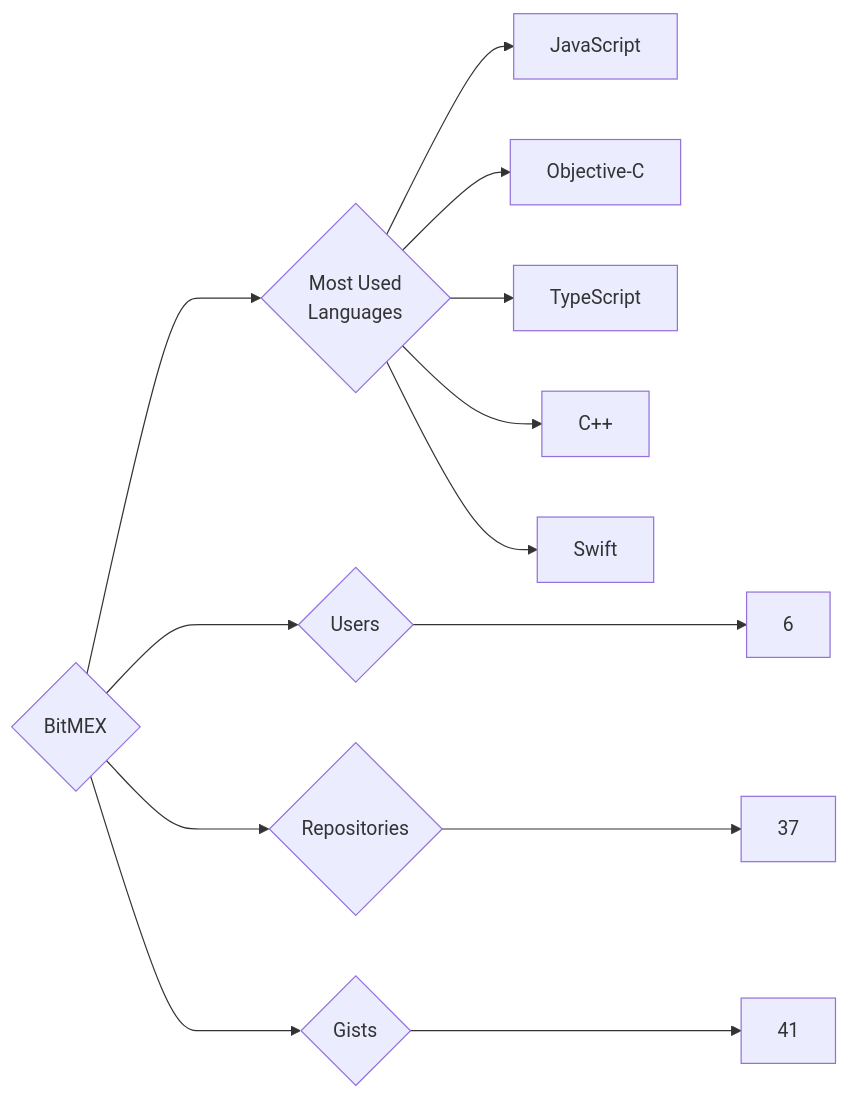
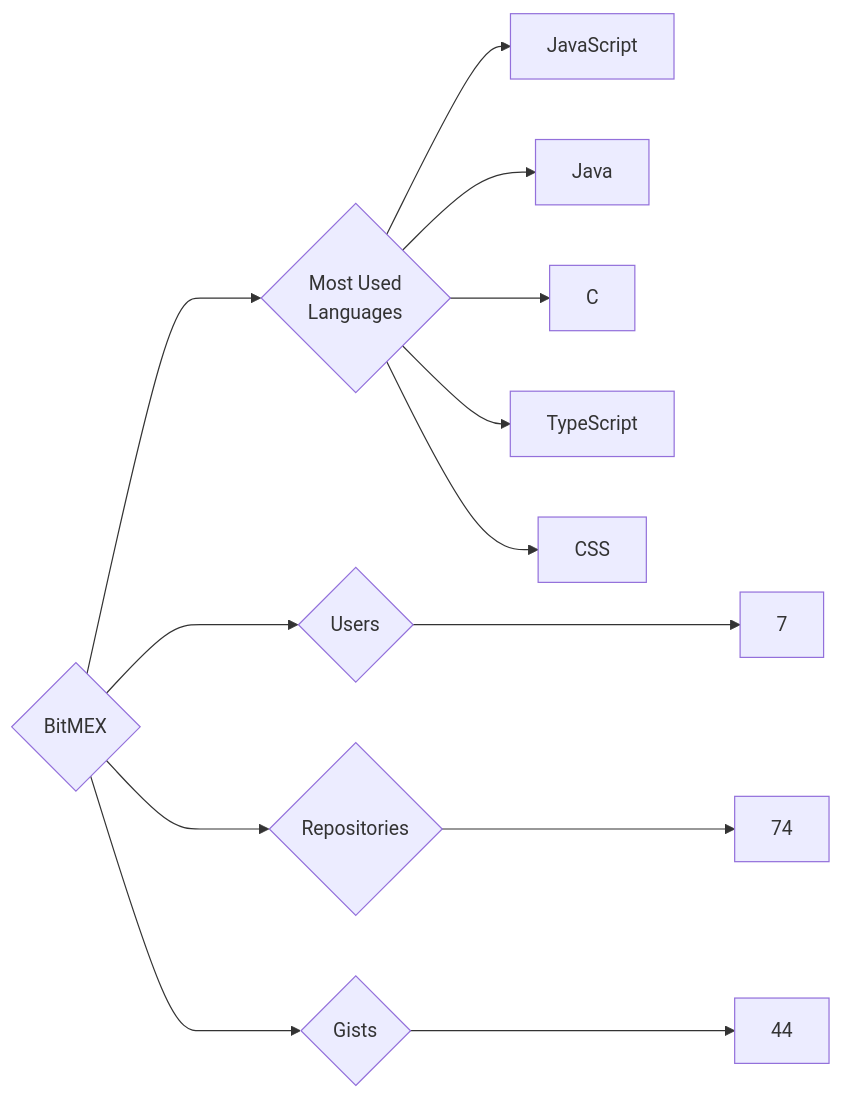
One commit to trickest/insiders changed the diagram in targets/BitMEX/README.md. Above: the diagram before and after it, drawn with Mermaid. The commit also changed 935 other files, not shown here.

````diff
--- a/targets/BitMEX/README.md
+++ b/targets/BitMEX/README.md
@@ -3,13 +3,13 @@
 ```mermaid
 graph LR
 COMPANY_NAME{BitMEX}
-COMPANY_NAME ---> U{Users} ---> UN[6]
-COMPANY_NAME ---> R{Repositories} ---> RN[37]
-COMPANY_NAME ---> G{Gists} ---> GN[41]
+COMPANY_NAME ---> U{Users} ---> UN[7]
+COMPANY_NAME ---> R{Repositories} ---> RN[74]
+COMPANY_NAME ---> G{Gists} ---> GN[44]
 COMPANY_NAME ---> ML{Most Used<br>Languages}
 ML --> JavaScript[JavaScript]
-ML --> Objective-C[Objective-C]
+ML --> Java[Java]
+ML --> C[C]
 ML --> TypeScript[TypeScript]
-ML --> C++[C++]
-ML --> Swift[Swift]
+ML --> CSS[CSS]
 ```
````
